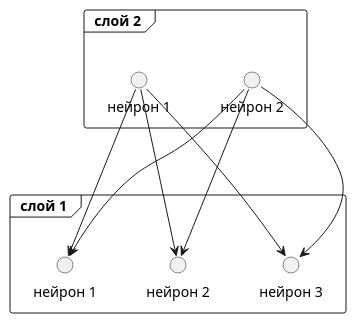
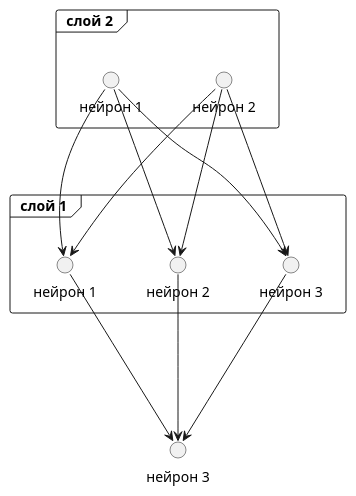
One commit to TOP-Python224/_scripts changed the diagram in patterns/structural/composite2.puml. Above: the diagram before and after it, drawn with PlantUML. The commit also changed 1 other file, not shown here.

```diff
--- a/patterns/structural/composite2.puml
+++ b/patterns/structural/composite2.puml
@@ -1,25 +1,31 @@
 @startuml
 
 
 frame nl1 as "  слой 1  " {
     circle n1_1 as "нейрон 1"
     circle n1_2 as "нейрон 2"
     circle n1_3 as "нейрон 3"
 }
 
 frame nl2 as "  слой 2  " {
     circle n2_1 as "нейрон 1"
     circle n2_2 as "нейрон 2"
 }
 
+    circle n3_1 as "нейрон 3"
+
 
 n2_1 --[plain]-> n1_1
 n2_1 --[plain]-> n1_2
 n2_1 --[plain]-> n1_3
 
 n2_2 --[plain]-> n1_1
 n2_2 --[plain]-> n1_2
-n2_2 -[plain]-> n1_3
+n2_2 --[plain]-> n1_3
+
+n1_1 ---> n3_1
+n1_2 ---> n3_1
+n1_3 ---> n3_1
 
 
 @enduml
```
